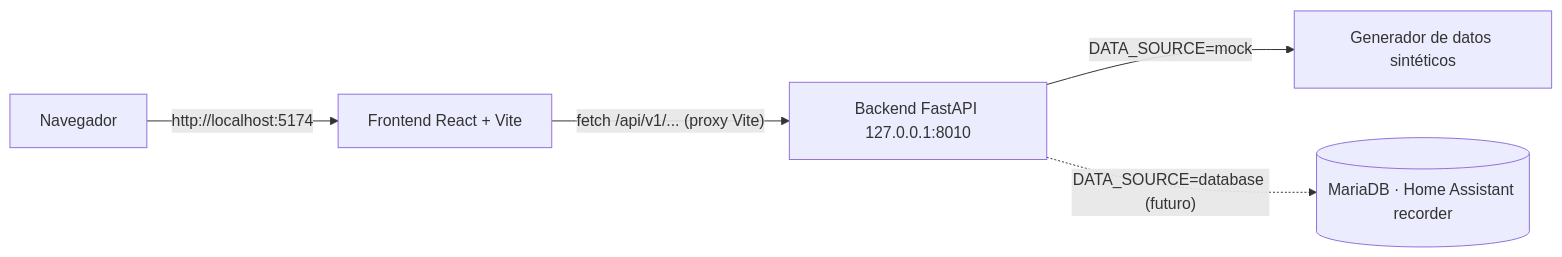
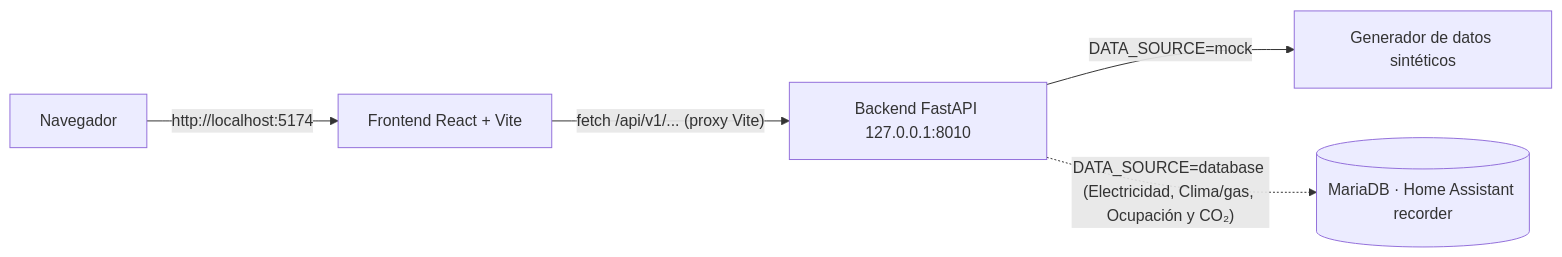
The diagram in docs/arquitectura.md (HectorEsp78/smartESI-web-pruebas), drawn with Mermaid before and after one commit. The commit also changed other lines of this file and 71870 other files, not shown here.

````diff
--- a/docs/arquitectura.md
+++ b/docs/arquitectura.md
@@ -5,7 +5,7 @@
 ```mermaid
 flowchart LR
     U[Navegador] -->|"http://localhost:5174"| FE[Frontend React + Vite]
     FE -->|"fetch /api/v1/... (proxy Vite)"| BE[Backend FastAPI 127.0.0.1:8010]
     BE -->|DATA_SOURCE=mock| GEN[Generador de datos sintéticos]
-    BE -.->|"DATA_SOURCE=database (futuro)"| DB[(MariaDB · Home Assistant recorder)]
+    BE -.->|"DATA_SOURCE=database (Electricidad, Clima/gas, Ocupación y CO₂)"| DB[(MariaDB · Home Assistant recorder)]
 ```
````
